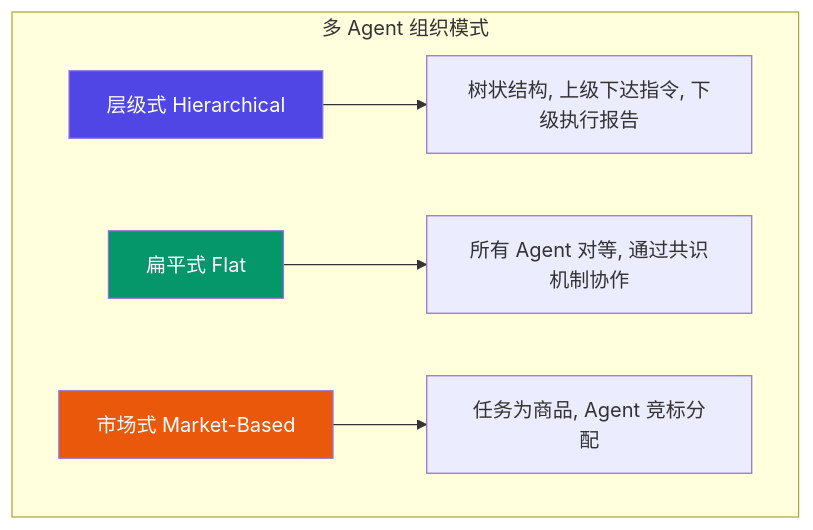
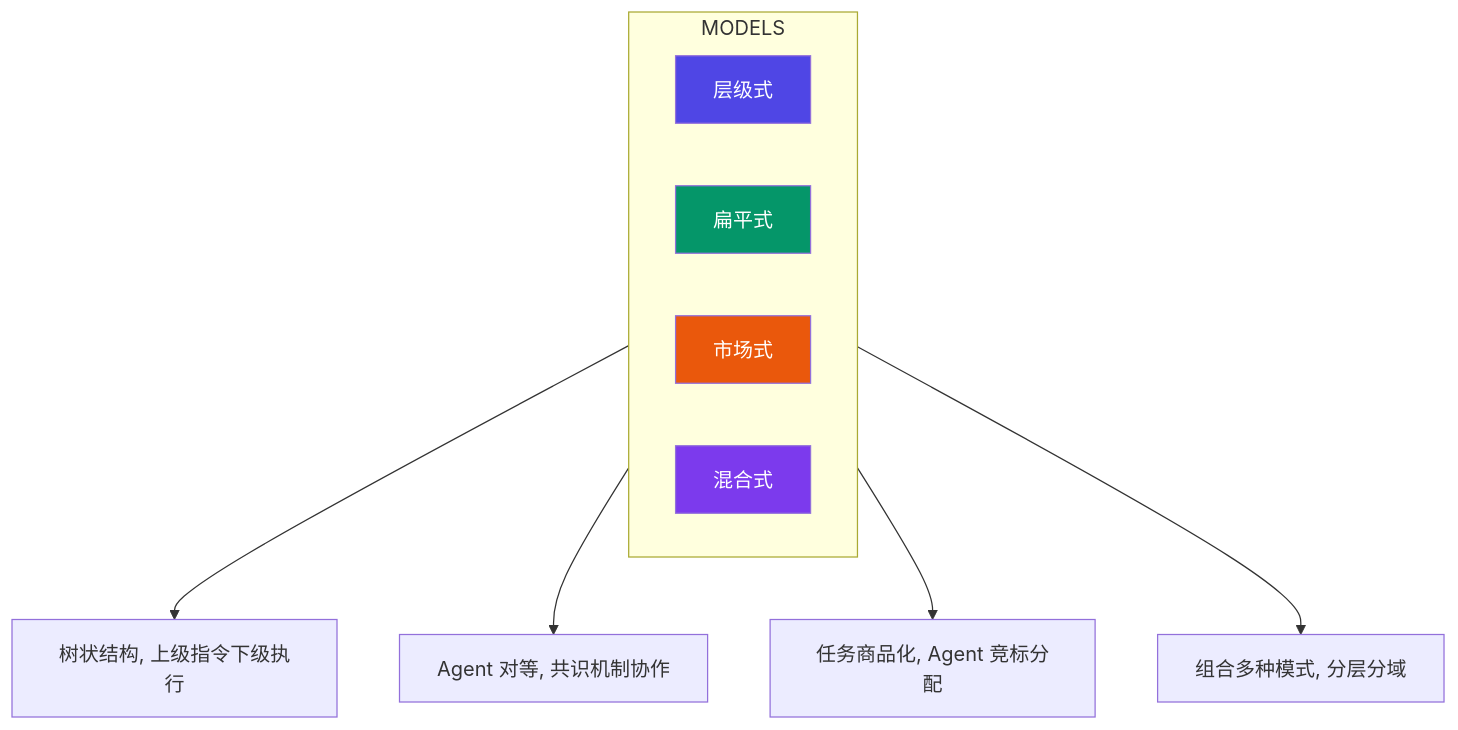
One commit to wqwz111/Tech-Researcher changed the first of 6 diagrams in reports/methodology/multi-agent-team-management.md. Above: the diagram before and after it, drawn with Mermaid. The commit also changed other lines of this file and 1 other file, not shown here.

Commit message:
📊 Report: 多 Agent 团队管理方法论 (v2 2026-03-16)

````diff
--- a/reports/methodology/multi-agent-team-management.md
+++ b/reports/methodology/multi-agent-team-management.md
@@ -19,12 +27,18 @@
 ```mermaid
 flowchart TD
-    subgraph MODELS[多 Agent 组织模式]
+    subgraph MODELS
         direction LR
-        H[层级式 Hierarchical] --> H_DESC[树状结构, 上级下达指令, 下级执行报告]
-        F[扁平式 Flat] --> F_DESC[所有 Agent 对等, 通过共识机制协作]
-        M[市场式 Market-Based] --> M_DESC[任务为商品, Agent 竞标分配]
+        H[层级式]
+        F[扁平式]
+        M[市场式]
+        HY[混合式]
     end
+    H --> H_DESC[树状结构, 上级指令下级执行]
+    F --> F_DESC[Agent 对等, 共识机制协作]
+    M --> M_DESC[任务商品化, Agent 竞标分配]
+    HY --> HY_DESC[组合多种模式, 分层分域]
     style H fill:#4f46e5,color:#fff
     style F fill:#059669,color:#fff
     style M fill:#ea580c,color:#fff
+    style HY fill:#7c3aed,color:#fff
 ```
````
